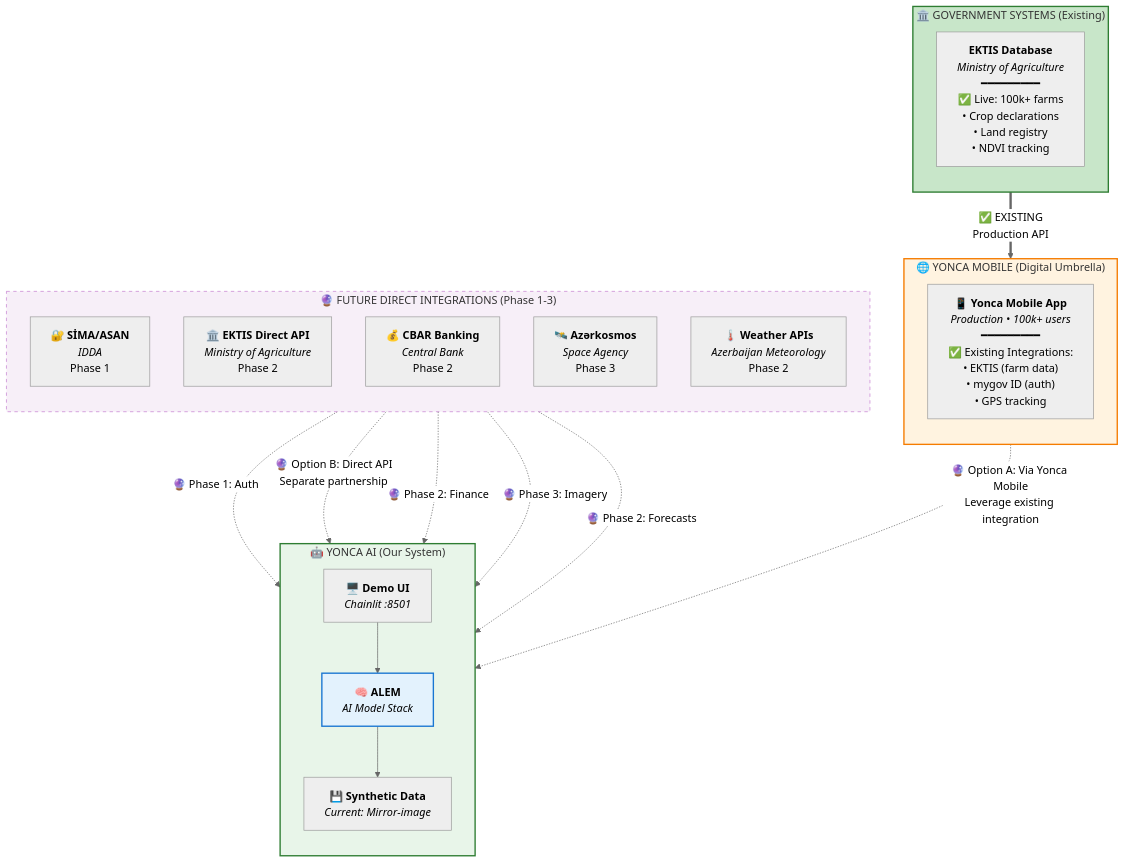
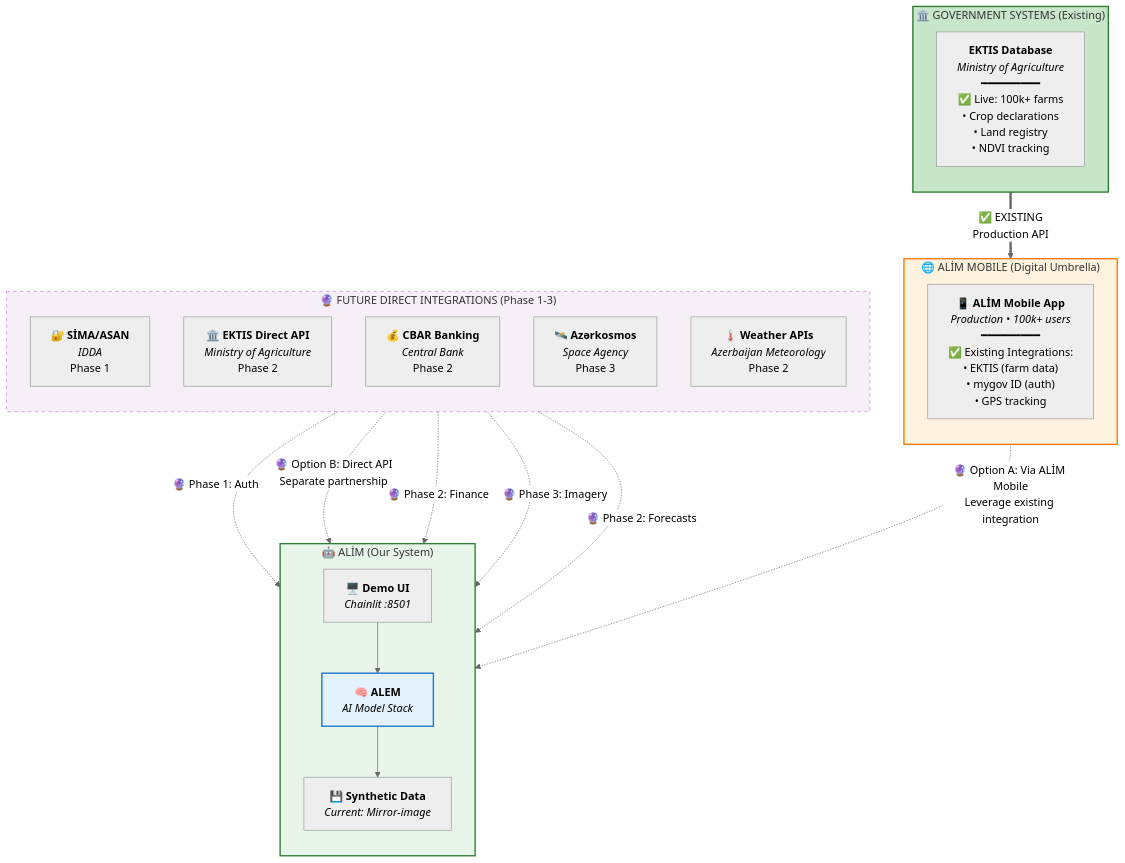
One commit to Px8Studio/yonja changed the first of 7 diagrams in docs/zekalab/03-ARCHITECTURE.md. Above: the diagram before and after it, drawn with Mermaid. The commit also changed other lines of this file and 259 other files, not shown here.

````diff
--- a/docs/zekalab/03-ARCHITECTURE.md
+++ b/docs/zekalab/03-ARCHITECTURE.md
@@ -11,52 +11,52 @@
 ```mermaid
 %%{init: {'theme': 'neutral'}}%%
 flowchart TB
     subgraph gov_existing["🏛️ GOVERNMENT SYSTEMS (Existing)"]
         direction TB
         ektis_db["<b>EKTIS Database</b><br/><i>Ministry of Agriculture</i><br/>━━━━━━━━━<br/>✅ Live: 100k+ farms<br/>• Crop declarations<br/>• Land registry<br/>• NDVI tracking"]
     end
 
-    subgraph external["🌐 YONCA MOBILE (Digital Umbrella)"]
+    subgraph external["🌐 ALİM MOBILE (Digital Umbrella)"]
         direction TB
-        yonca_mobile["📱 <b>Yonca Mobile App</b><br/><i>Production • 100k+ users</i><br/>━━━━━━━━━<br/>✅ Existing Integrations:<br/>• EKTIS (farm data)<br/>• mygov ID (auth)<br/>• GPS tracking"]
+        ALİM_mobile["📱 <b>ALİM Mobile App</b><br/><i>Production • 100k+ users</i><br/>━━━━━━━━━<br/>✅ Existing Integrations:<br/>• EKTIS (farm data)<br/>• mygov ID (auth)<br/>• GPS tracking"]
     end
 
     subgraph future_partners["🔮 FUTURE DIRECT INTEGRATIONS (Phase 1-3)"]
         direction TB
         sima["🔐 <b>SİMA/ASAN</b><br/><i>IDDA</i><br/>Phase 1"]
         ektis_direct["🏛️ <b>EKTIS Direct API</b><br/><i>Ministry of Agriculture</i><br/>Phase 2"]
         cbar["💰 <b>CBAR Banking</b><br/><i>Central Bank</i><br/>Phase 2"]
         azerkosmos["🛰️ <b>Azərkosmos</b><br/><i>Space Agency</i><br/>Phase 3"]
         weather["🌡️ <b>Weather APIs</b><br/><i>Azerbaijan Meteorology</i><br/>Phase 2"]
     end
 
-    subgraph our_system["🤖 YONCA AI (Our System)"]
+    subgraph our_system["🤖 ALİM (Our System)"]
         direction TB
         alem["🧠 <b>ALEM</b><br/><i>AI Model Stack</i>"]
         demo_ui["🖥️ <b>Demo UI</b><br/><i>Chainlit :8501</i>"]
         synthetic["💾 <b>Synthetic Data</b><br/><i>Current: Mirror-image</i>"]
     end
 
     %% Existing connections (solid green)
-    ektis_db ==>|"✅ EXISTING<br/>Production API"| yonca_mobile
+    ektis_db ==>|"✅ EXISTING<br/>Production API"| ALİM_mobile
 
     %% Current ALEM setup (solid)
     demo_ui --> alem
     alem --> synthetic
 
     %% Future indirect path (dashed orange)
-    yonca_mobile -.->|"🔮 Option A: Via Yonca Mobile<br/>Leverage existing integration"| our_system
+    ALİM_mobile -.->|"🔮 Option A: Via ALİM Mobile<br/>Leverage existing integration"| our_system
 
     %% Future direct paths (dashed purple)
     sima -.->|"🔮 Phase 1: Auth"| our_system
     ektis_direct -.->|"🔮 Option B: Direct API<br/>Separate partnership"| our_system
     cbar -.->|"🔮 Phase 2: Finance"| our_system
     azerkosmos -.->|"🔮 Phase 3: Imagery"| our_system
     weather -.->|"🔮 Phase 2: Forecasts"| our_system
 
     style gov_existing fill:#c8e6c9,stroke:#2e7d32,stroke-width:2px
     style external fill:#fff3e0,stroke:#f57c00,stroke-width:2px
     style future_partners fill:#f3e5f5,stroke:#9c27b0,stroke-dasharray: 5 5,opacity:0.6
     style our_system fill:#e8f5e9,stroke:#2e7d32,stroke-width:2px
     style alem fill:#e3f2fd,stroke:#1976d2,stroke-width:2px
 ```
````
